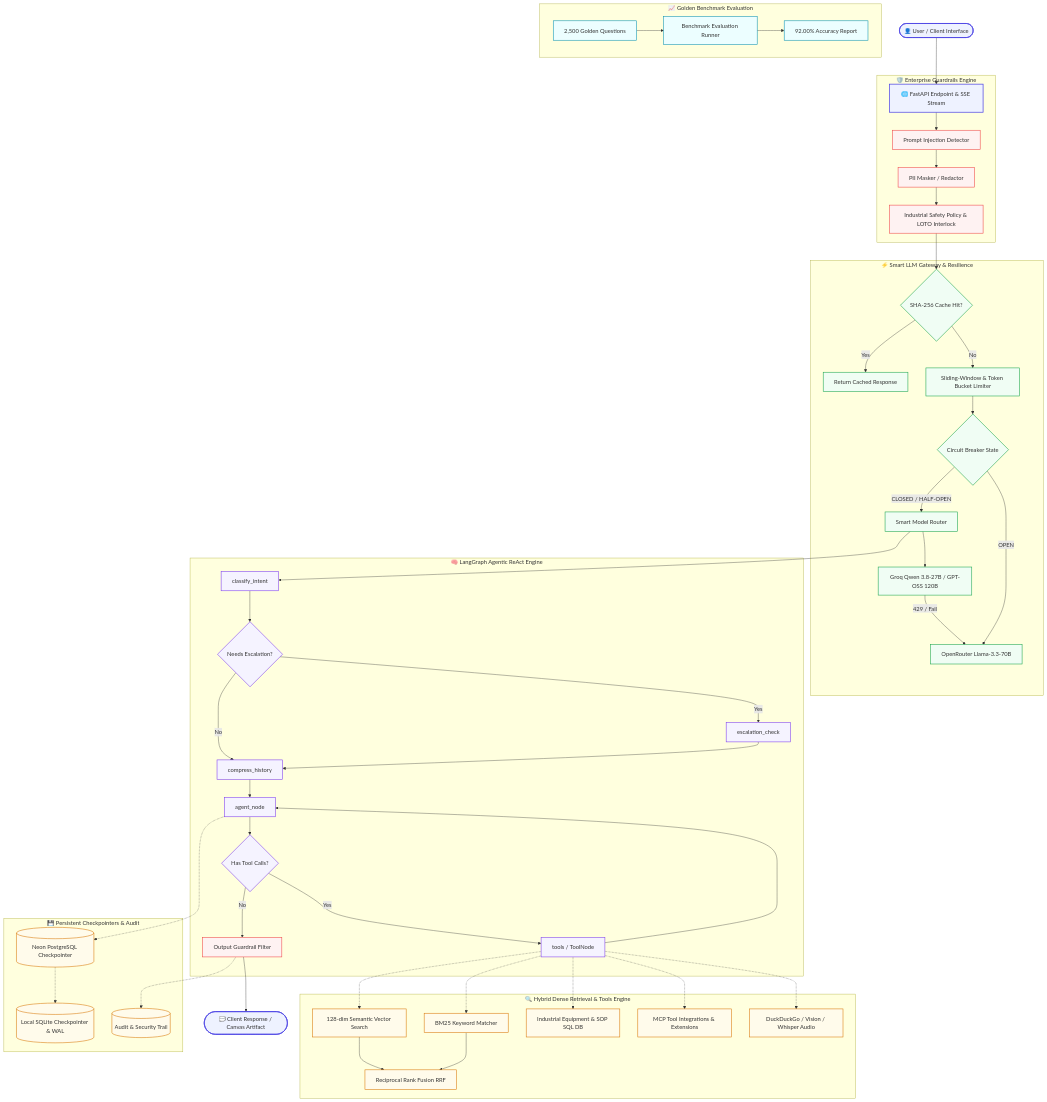
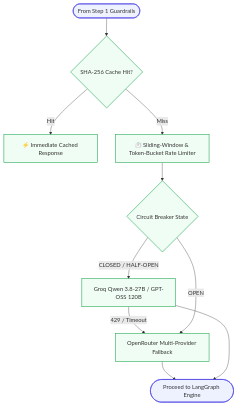
The third of 6 diagrams in readme.md (Goutam16-Withcode/Atlas), drawn with Mermaid before and after one commit. The commit also changed other lines of this file and 1 other file, not shown here.

Commit message:
docs: replace monolithic architecture diagram with detailed 5-stage pipeline flowcharts and descriptions

````diff
--- a/readme.md
+++ b/readme.md
@@ -17,63 +54,15 @@
 ```mermaid
 flowchart TD
-    classDef clientStyle fill:#EEF2FF,stroke:#4F46E5,stroke-width:2px;
-    classDef guardStyle fill:#FEF2F2,stroke:#EF4444,stroke-width:1.5px;
     classDef gatewayStyle fill:#F0FDF4,stroke:#16A34A,stroke-width:1.5px;
-    classDef agentStyle fill:#F5F3FF,stroke:#7C3AED,stroke-width:1.5px;
-    classDef storageStyle fill:#FFFBEB,stroke:#D97706,stroke-width:1.5px;
-    classDef evalStyle fill:#ECFEFF,stroke:#0891B2,stroke-width:1.5px;
+    classDef clientStyle fill:#EEF2FF,stroke:#4F46E5,stroke-width:1.5px;
 
-    User([👤 User / Client Interface]):::clientStyle --> Ingress[🌐 FastAPI Endpoint & SSE Stream]:::clientStyle
-
-    subgraph Security_Guardrails ["🛡️ Enterprise Guardrails Engine"]
-        Ingress --> PromptInj[Prompt Injection Detector]:::guardStyle
-        PromptInj --> PIIMask[PII Masker / Redactor]:::guardStyle
-        PIIMask --> SafetyInterlock[Industrial Safety Policy & LOTO Interlock]:::guardStyle
-    end
-
-    subgraph LLM_Gateway ["⚡ Smart LLM Gateway & Resilience"]
-        SafetyInterlock --> QueryCache{SHA-256 Cache Hit?}:::gatewayStyle
-        QueryCache -- Yes --> CachedResponse[Return Cached Response]:::gatewayStyle
-        QueryCache -- No --> RateLimiter[Sliding-Window & Token Bucket Limiter]:::gatewayStyle
-        RateLimiter --> CircuitBreaker{Circuit Breaker State}:::gatewayStyle
-        CircuitBreaker -- CLOSED / HALF-OPEN --> SmartRouter[Smart Model Router]:::gatewayStyle
-        SmartRouter --> PrimaryLLM[Groq Qwen 3.8-27B / GPT-OSS 120B]:::gatewayStyle
-        PrimaryLLM -- 429 / Fail --> FallbackRouter[OpenRouter Llama-3.3-70B]:::gatewayStyle
-        CircuitBreaker -- OPEN --> FallbackRouter
-    end
-
-    subgraph LangGraph_Engine ["🧠 LangGraph Agentic ReAct Engine"]
-        SmartRouter --> ClassifyIntent[classify_intent]:::agentStyle
-        ClassifyIntent --> CheckEscalation{Needs Escalation?}:::agentStyle
-        CheckEscalation -- Yes --> EscalationNode[escalation_check]:::agentStyle
-        CheckEscalation -- No --> CompressHistory[compress_history]:::agentStyle
-        EscalationNode --> CompressHistory
-        CompressHistory --> AgentNode[agent_node]:::agentStyle
-        AgentNode --> CheckTools{Has Tool Calls?}:::agentStyle
-        CheckTools -- Yes --> ToolNode[tools / ToolNode]:::agentStyle
-        ToolNode --> AgentNode
-        CheckTools -- No --> OutputVerification[Output Guardrail Filter]:::guardStyle
-    end
-
-    subgraph Dense_Retrieval ["🔍 Hybrid Dense Retrieval & Tools Engine"]
-        ToolNode -.-> DenseSearch[128-dim Semantic Vector Search]:::storageStyle
-        ToolNode -.-> BM25Search[BM25 Keyword Matcher]:::storageStyle
-        DenseSearch & BM25Search --> RRF[Reciprocal Rank Fusion RRF]:::storageStyle
-        ToolNode -.-> SQLKB[Industrial Equipment & SOP SQL DB]:::storageStyle
-        ToolNode -.-> MCPClient[MCP Tool Integrations & Extensions]:::storageStyle
-        ToolNode -.-> WebVision[DuckDuckGo / Vision / Whisper Audio]:::storageStyle
-    end
-
-    subgraph Persistence_Layer ["💾 Persistent Checkpointers & Audit"]
-        AgentNode -.-> NeonPostgres[(Neon PostgreSQL Checkpointer)]:::storageStyle
-        NeonPostgres -.-> FallbackSQLite[(Local SQLite Checkpointer & WAL)]:::storageStyle
-        OutputVerification -.-> AuditLogs[(Audit & Security Trail)]:::storageStyle
-    end
-
-    subgraph Evaluation_Suite ["📈 Golden Benchmark Evaluation"]
-        GoldenDS[2,500 Golden Questions]:::evalStyle --> EvalRunner[Benchmark Evaluation Runner]:::evalStyle
-        EvalRunner --> BenchmarkReport[92.00% Accuracy Report]:::evalStyle
-    end
-
-    OutputVerification --> ClientEgress([💬 Client Response / Canvas Artifact]):::clientStyle
+    GuardrailInput([From Step 1 Guardrails]):::clientStyle --> CacheCheck{SHA-256 Cache Hit?}:::gatewayStyle
+    CacheCheck -- Hit --> FastReturn[⚡ Immediate Cached Response]:::gatewayStyle
+    CacheCheck -- Miss --> RateLimit[⏱️ Sliding-Window & Token-Bucket Rate Limiter]:::gatewayStyle
+    RateLimit --> CircuitBreaker{Circuit Breaker State}:::gatewayStyle
+    CircuitBreaker -- CLOSED / HALF-OPEN --> PrimaryLLM[Groq Qwen 3.8-27B / GPT-OSS 120B]:::gatewayStyle
+    PrimaryLLM -- 429 / Timeout --> FallbackLLM[OpenRouter Multi-Provider Fallback]:::gatewayStyle
+    CircuitBreaker -- OPEN --> FallbackLLM
+    FallbackLLM --> GraphIngress([Proceed to LangGraph Engine]):::clientStyle
+    PrimaryLLM --> GraphIngress
 ```
````
